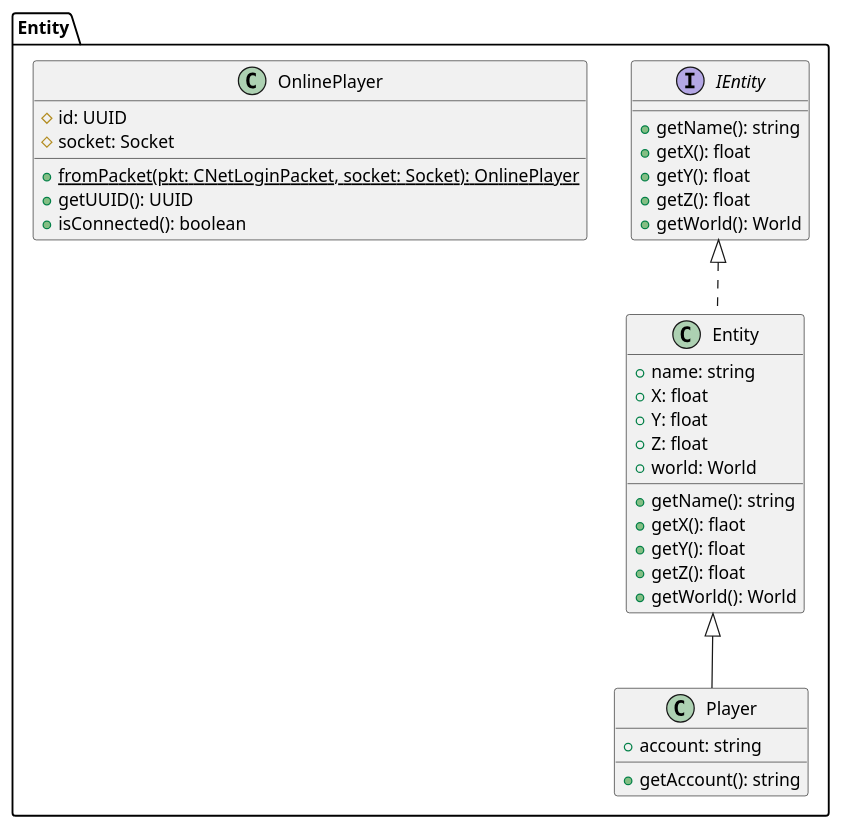
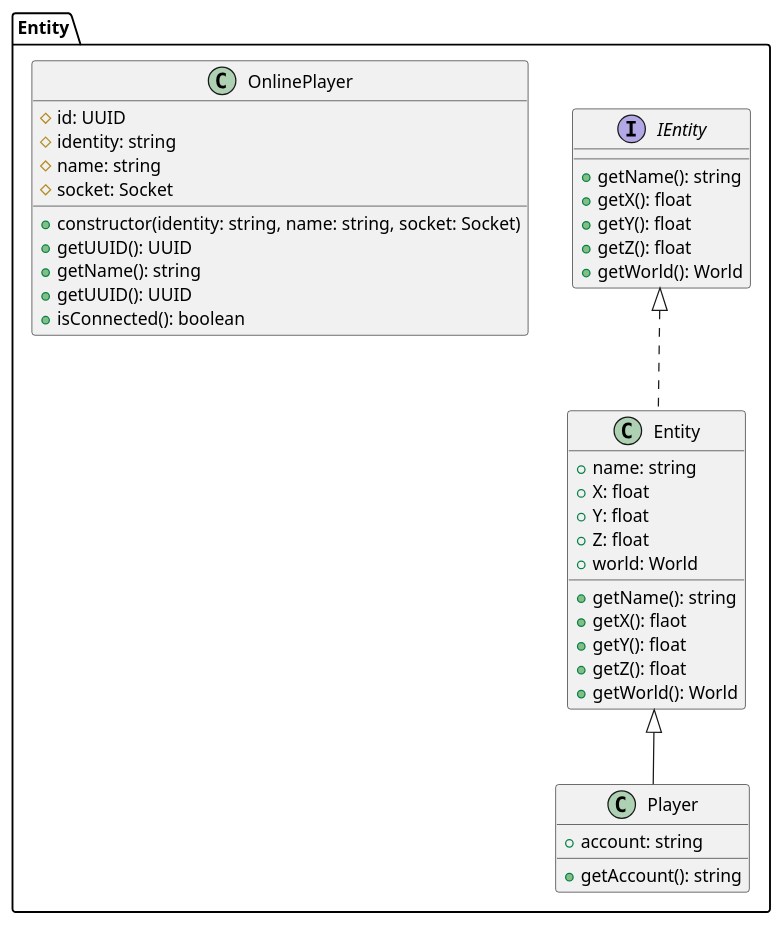
One commit to SibylForge/SibylForge changed the diagram in doc/uml/class-diagram/CD-Entity.puml. Above: the diagram before and after it, drawn with PlantUML. The commit also changed 14 other files, not shown here.

```diff
--- a/doc/uml/class-diagram/CD-Entity.puml
+++ b/doc/uml/class-diagram/CD-Entity.puml
@@ -1,39 +1,43 @@
 @startuml Player
 
 namespace Entity {
     interface IEntity {
         +getName(): string
         +getX(): float
         +getY(): float
         +getZ(): float
         +getWorld(): World
     }
 
     class Entity implements IEntity {
         +name: string
         +X: float
         +Y: float
         +Z: float
         +world: World
         +getName(): string
         +getX(): flaot
         +getY(): float
         +getZ(): float
         +getWorld(): World
     }
 
     class Player extends Entity {
         +account: string
         +getAccount(): string
     }
 
 		class OnlinePlayer {
 			#id: UUID
+			#identity: string
+			#name: string
 			#socket: Socket
-			+{static} fromPacket(pkt: CNetLoginPacket, socket: Socket): OnlinePlayer
+			+constructor(identity: string, name: string, socket: Socket)
+			+getUUID(): UUID
+			+getName(): string
 			+getUUID(): UUID
 			+isConnected(): boolean
 		}
 }
 
 @enduml
```
